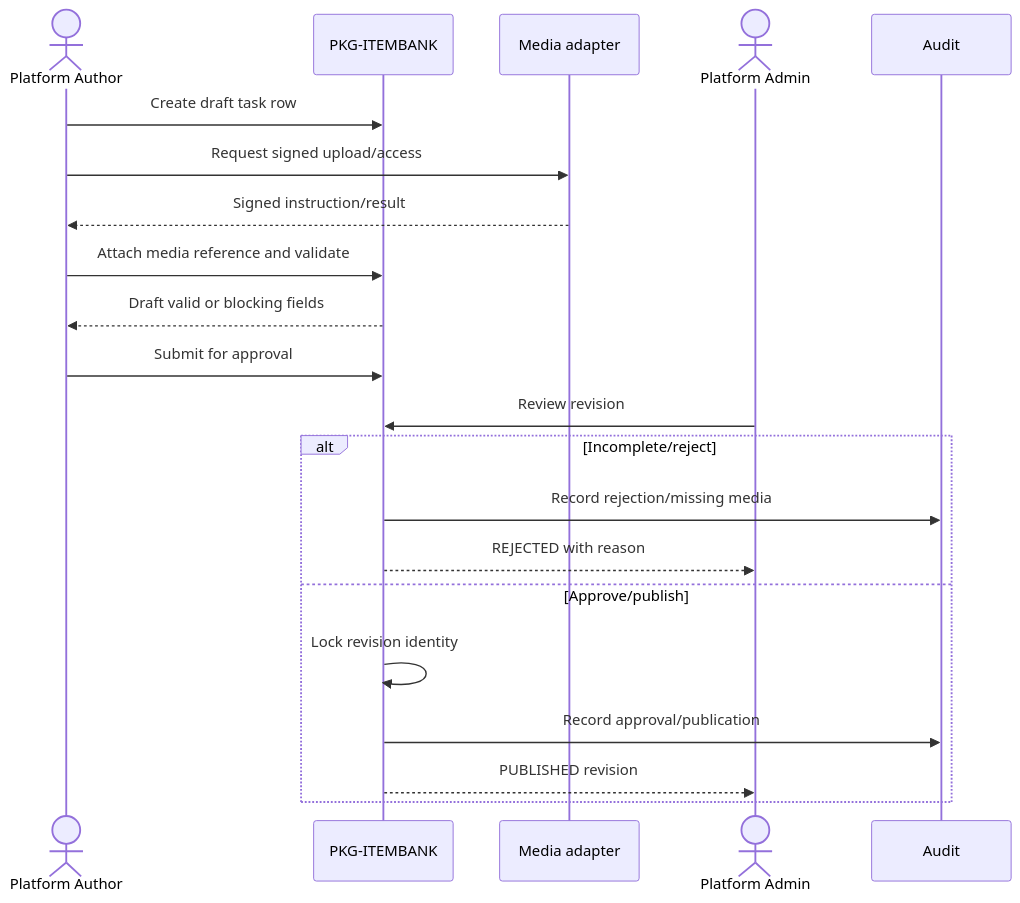
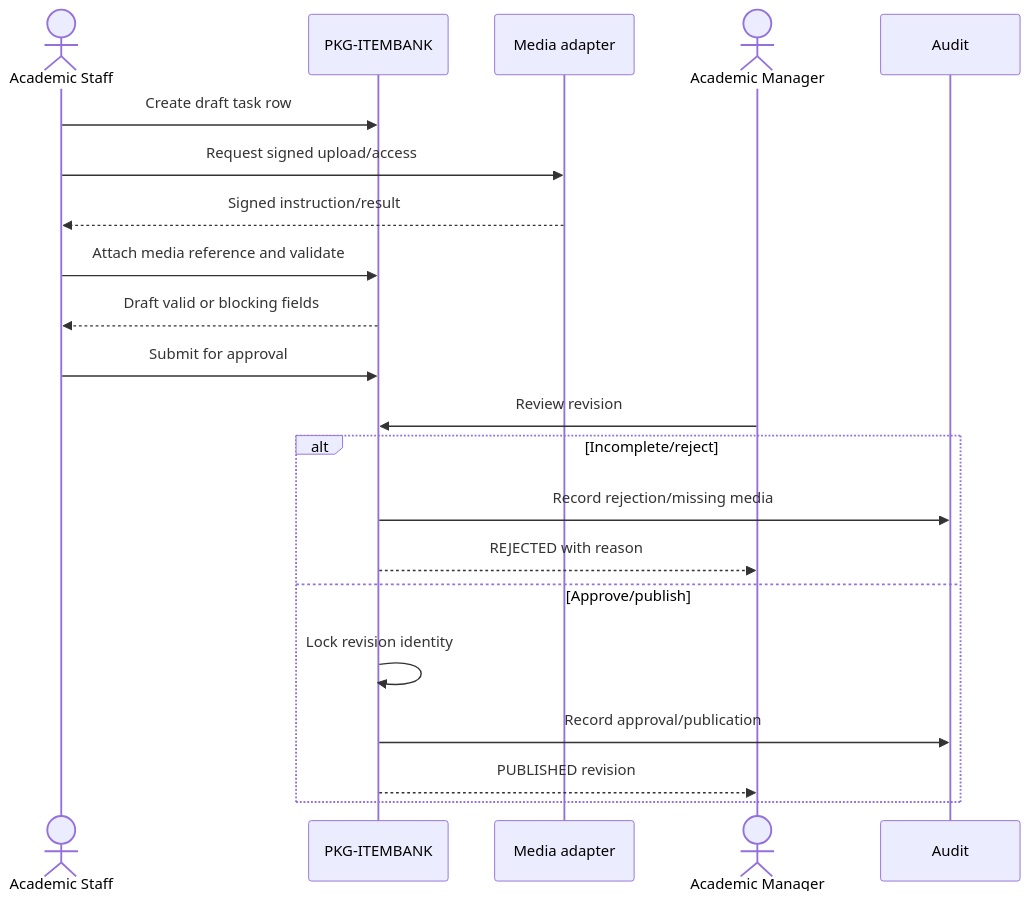
One commit to pte-org/pte-doc changed the second of 10 diagrams in report/report04/03-detailed-design.md. Above: the diagram before and after it, drawn with Mermaid. The commit also changed other lines of this file and 5 other files, not shown here.

````diff
--- a/report/report04/03-detailed-design.md
+++ b/report/report04/03-detailed-design.md
@@ -83,23 +83,23 @@
 ```mermaid
 sequenceDiagram
-    actor Author as Platform Author
+    actor Author as Academic Staff
     participant Bank as PKG-ITEMBANK
     participant Media as Media adapter
-    actor Admin as Platform Admin
+    actor Manager as Academic Manager
     participant Audit as Audit
     Author->>Bank: Create draft task row
     Author->>Media: Request signed upload/access
     Media-->>Author: Signed instruction/result
     Author->>Bank: Attach media reference and validate
     Bank-->>Author: Draft valid or blocking fields
     Author->>Bank: Submit for approval
-    Admin->>Bank: Review revision
+    Manager->>Bank: Review revision
     alt Incomplete/reject
         Bank->>Audit: Record rejection/missing media
-        Bank-->>Admin: REJECTED with reason
+        Bank-->>Manager: REJECTED with reason
     else Approve/publish
         Bank->>Bank: Lock revision identity
         Bank->>Audit: Record approval/publication
-        Bank-->>Admin: PUBLISHED revision
+        Bank-->>Manager: PUBLISHED revision
     end
 ```
````
